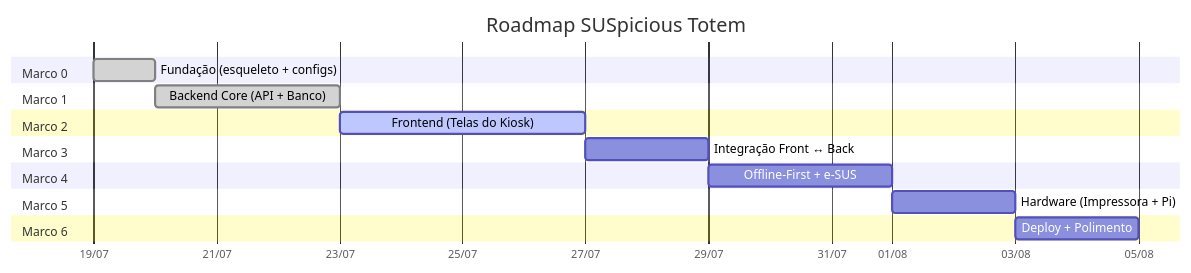
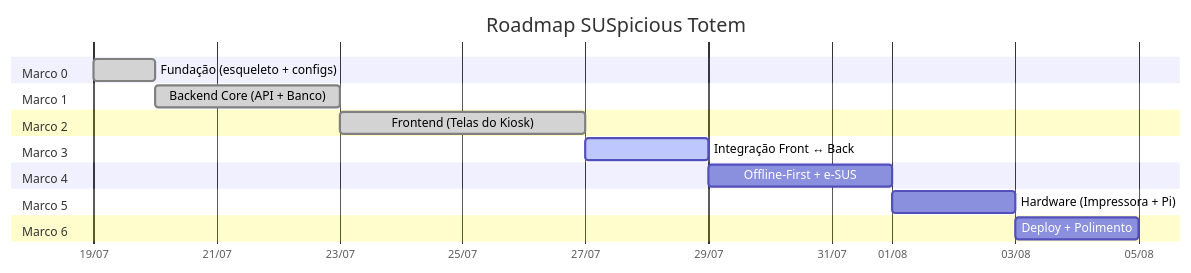
Before and after one commit to Gabriell-Ilius/SUSpicious_Totem: the diagram in ROADMAP.md, drawn with Mermaid. The commit also changed other lines of this file and 15 other files, not shown here.

Commit message:
feat: complete Marco 2 (Frontend UI Kiosk Mode)

````diff
--- a/ROADMAP.md
+++ b/ROADMAP.md
@@ -9,27 +9,27 @@
 ```mermaid
 gantt
     title Roadmap SUSpicious Totem
     dateFormat  YYYY-MM-DD
     axisFormat  %d/%m
 
     section Marco 0
     Fundação (esqueleto + configs)           :done, m0, 2026-07-19, 1d
 
     section Marco 1
     Backend Core (API + Banco)               :done, m1, after m0, 3d
 
     section Marco 2
-    Frontend (Telas do Kiosk)                :active, m2, after m1, 4d
+    Frontend (Telas do Kiosk)                :done, m2, after m1, 4d
 
     section Marco 3
-    Integração Front ↔ Back                  :m3, after m2, 2d
+    Integração Front ↔ Back                  :active, m3, after m2, 2d
 
     section Marco 4
     Offline-First + e-SUS                    :m4, after m3, 3d
 
     section Marco 5
     Hardware (Impressora + Pi)               :m5, after m4, 2d
 
     section Marco 6
     Deploy + Polimento                       :m6, after m5, 2d
 ```
````
